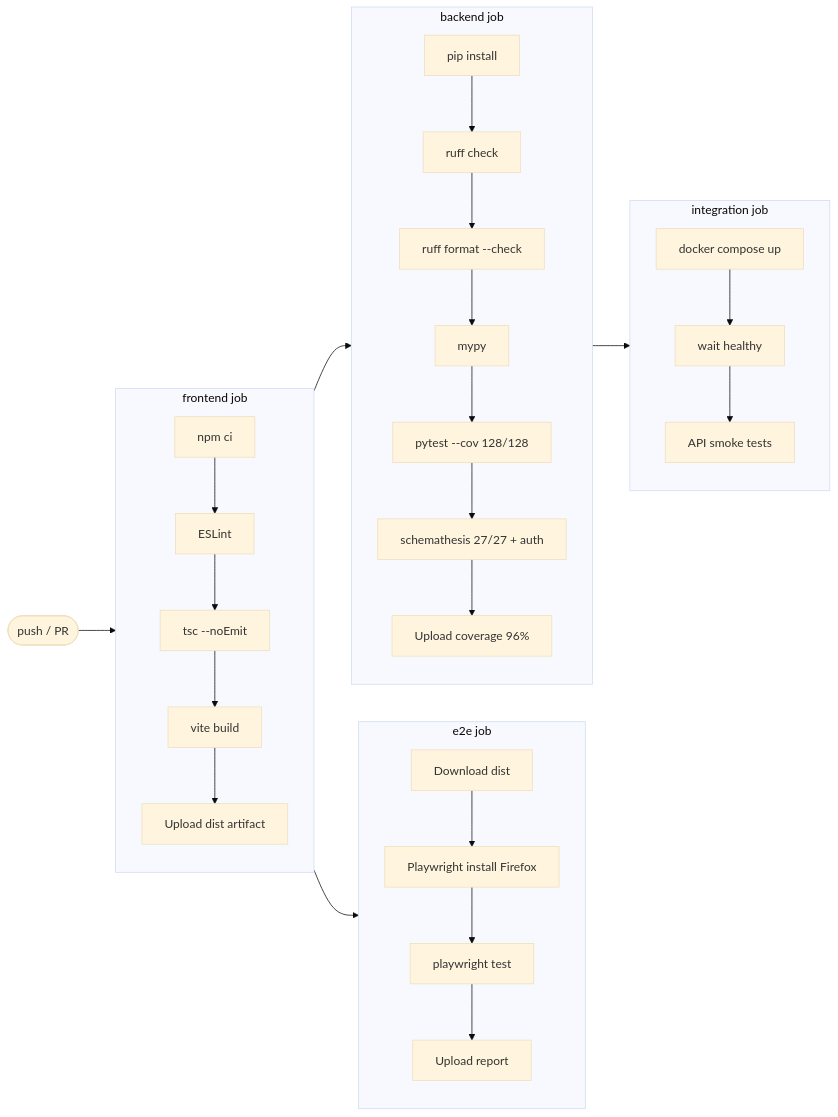
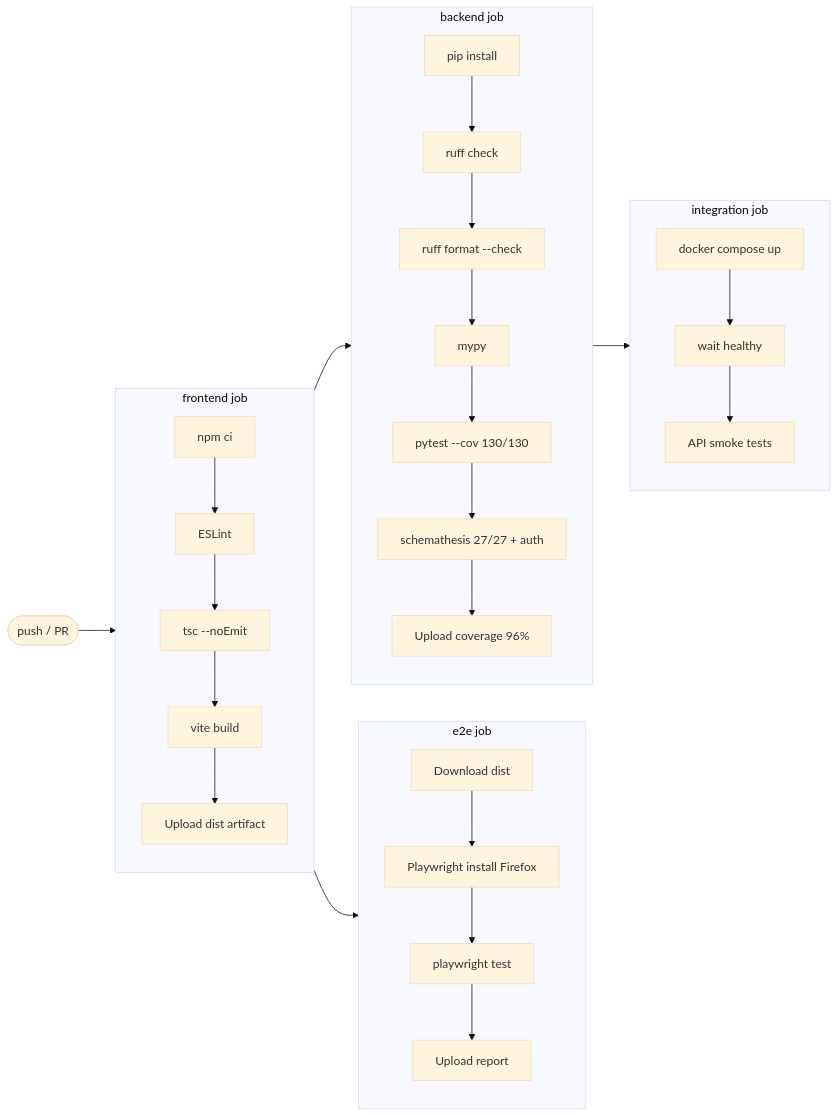
The second of 3 diagrams in README.md (Kensan196948G/ArcSphere3D), drawn with Mermaid (base theme) before and after one commit. The commit also changed other lines of this file, not shown here.

````diff
--- a/README.md
+++ b/README.md
@@ -146,35 +147,35 @@
 ```mermaid
 flowchart LR
     A([push / PR]) --> F
 
     subgraph F["frontend job"]
         F1[npm ci] --> F2[ESLint]
         F2 --> F3[tsc --noEmit]
         F3 --> F4[vite build]
         F4 --> F5[Upload dist artifact]
     end
 
     subgraph E["e2e job"]
         E1[Download dist] --> E2[Playwright install Firefox]
         E2 --> E3[playwright test]
         E3 --> E4[Upload report]
     end
 
     subgraph B["backend job"]
         B1[pip install] --> B2[ruff check]
         B2 --> B3[ruff format --check]
         B3 --> B4[mypy]
-        B4 --> B5[pytest --cov 128/128]
+        B4 --> B5[pytest --cov 130/130]
         B5 --> B6[schemathesis 27/27 + auth]
         B6 --> B7[Upload coverage 96%]
     end
 
     subgraph I["integration job"]
         I1[docker compose up] --> I2[wait healthy]
         I2 --> I3[API smoke tests]
     end
 
     F --> E
     F --> B
     B --> I
 ```
````
